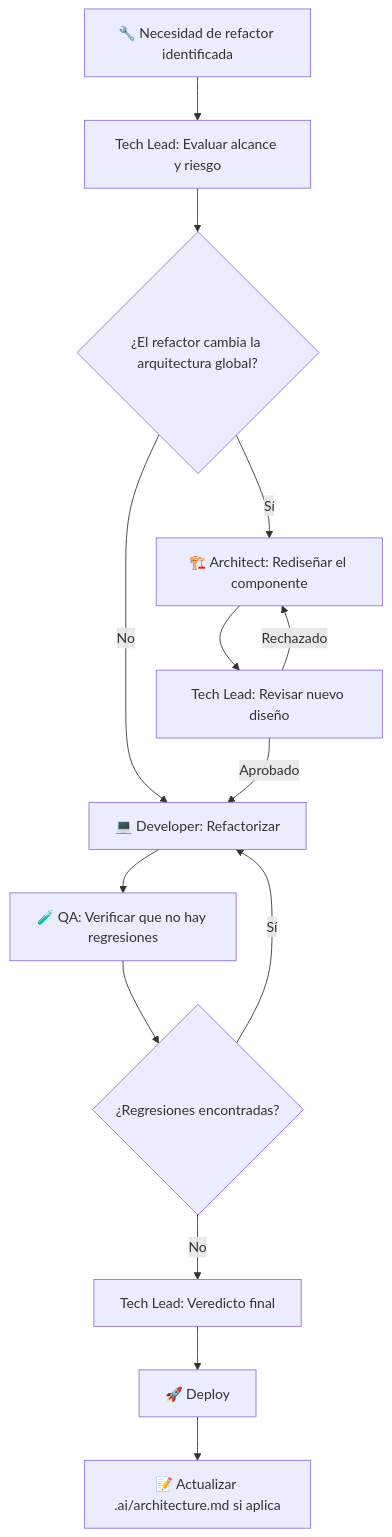
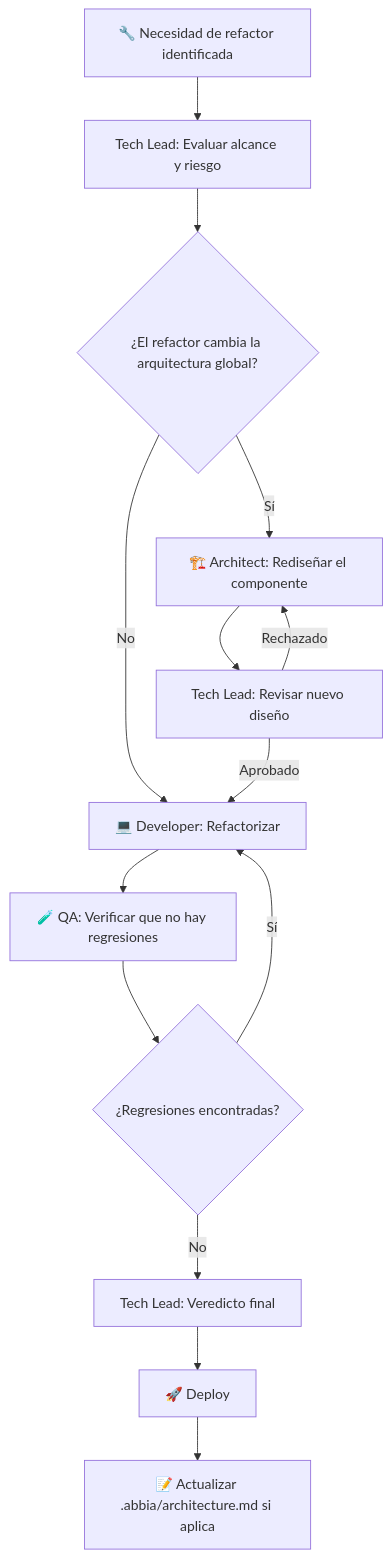
One commit to ezequielmendoza-dev/abbia-os changed the diagram in workflows/refactor.md. Above: the diagram before and after it, drawn with Mermaid. The commit also changed other lines of this file and 81 other files, not shown here.

````diff
--- a/workflows/refactor.md
+++ b/workflows/refactor.md
@@ -26,16 +26,16 @@
 ```mermaid
 flowchart TD
     A[🔧 Necesidad de refactor identificada] --> B[Tech Lead: Evaluar alcance y riesgo]
     B --> C{¿El refactor cambia la arquitectura global?}
     C -->|Sí| D[🏗️ Architect: Rediseñar el componente]
     C -->|No| E[💻 Developer: Refactorizar]
     D --> F[Tech Lead: Revisar nuevo diseño]
     F -->|Rechazado| D
     F -->|Aprobado| E
     E --> G[🧪 QA: Verificar que no hay regresiones]
     G --> H{¿Regresiones encontradas?}
     H -->|Sí| E
     H -->|No| I[Tech Lead: Veredicto final]
     I --> J[🚀 Deploy]
-    J --> K[📝 Actualizar .ai/architecture.md si aplica]
+    J --> K[📝 Actualizar .abbia/architecture.md si aplica]
 ```
````
